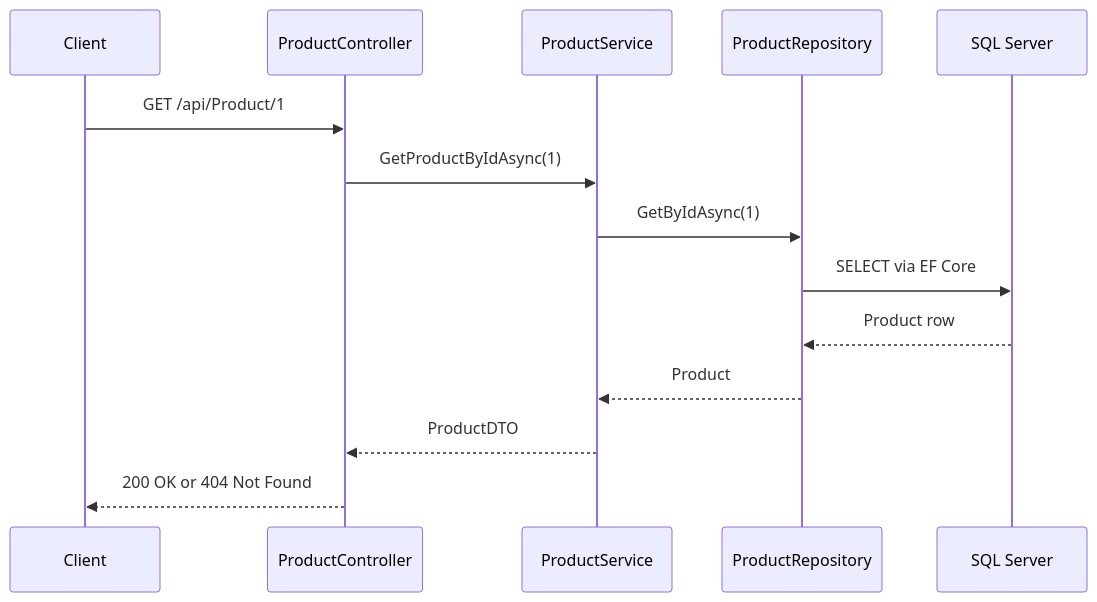
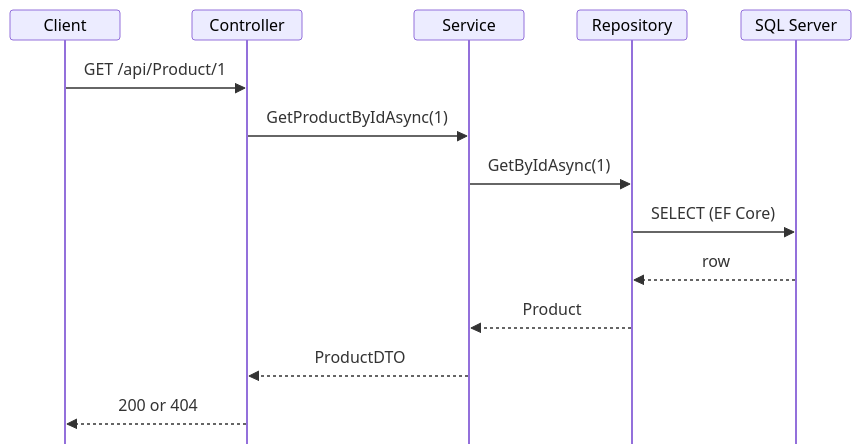
The diagram in README.md (Milind300/CleanArchitecture-ProductManagement-API), drawn with Mermaid before and after one commit. The commit also changed other lines of this file, not shown here.

Commit message:
Update README.md
Shrinking  diagram's size

````diff
--- a/README.md
+++ b/README.md
@@ -51,16 +51,17 @@
 ```mermaid
+%%{init: {'sequence': {'actorMargin': 20, 'width': 110, 'height': 30, 'boxMargin': 4, 'messageMargin': 18, 'mirrorActors': false}}}%%
 sequenceDiagram
     participant C as Client
-    participant Ctrl as ProductController
-    participant S as ProductService
-    participant R as ProductRepository
+    participant Ctrl as Controller
+    participant S as Service
+    participant R as Repository
     participant DB as SQL Server
     C->>Ctrl: GET /api/Product/1
     Ctrl->>S: GetProductByIdAsync(1)
     S->>R: GetByIdAsync(1)
-    R->>DB: SELECT via EF Core
-    DB-->>R: Product row
+    R->>DB: SELECT (EF Core)
+    DB-->>R: row
     R-->>S: Product
     S-->>Ctrl: ProductDTO
-    Ctrl-->>C: 200 OK or 404 Not Found
+    Ctrl-->>C: 200 or 404
 ```
````
